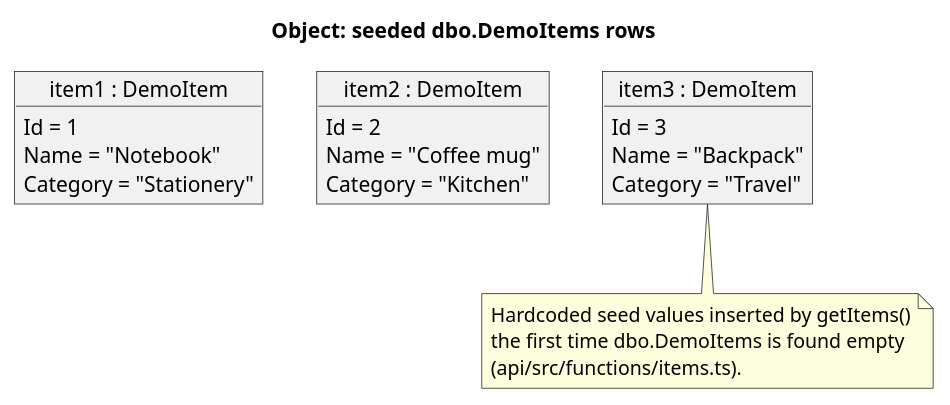
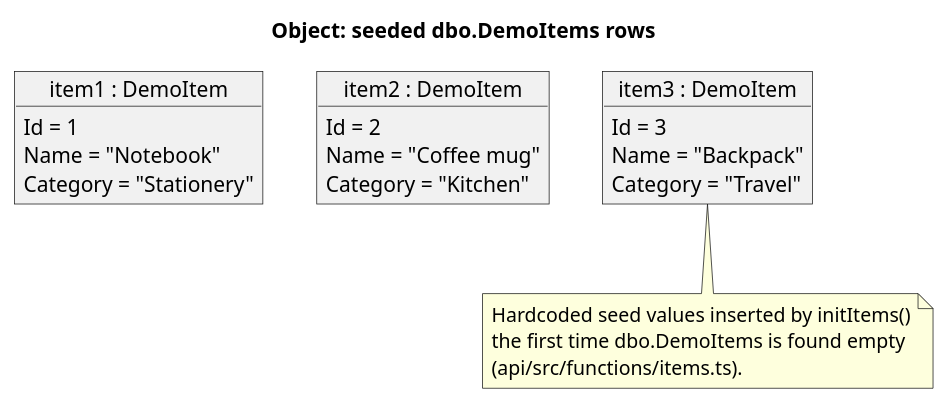
The diagram in uml/structure/2-object.puml (wolffy-au/frictionless-sample-azure), drawn with PlantUML before and after one commit. The commit also changed 13 other files, not shown here.

First line of the commit message:
docs(uml): show the read-first demo-items flow

```diff
--- a/uml/structure/2-object.puml
+++ b/uml/structure/2-object.puml
@@ -1,26 +1,26 @@
 @startuml
 title Object: seeded dbo.DemoItems rows
 
 object "item1 : DemoItem" as item1 {
   Id = 1
   Name = "Notebook"
   Category = "Stationery"
 }
 object "item2 : DemoItem" as item2 {
   Id = 2
   Name = "Coffee mug"
   Category = "Kitchen"
 }
 object "item3 : DemoItem" as item3 {
   Id = 3
   Name = "Backpack"
   Category = "Travel"
 }
 
 note bottom
-  Hardcoded seed values inserted by getItems()
+  Hardcoded seed values inserted by initItems()
   the first time dbo.DemoItems is found empty
   (api/src/functions/items.ts).
 end note
 
 @enduml
```
